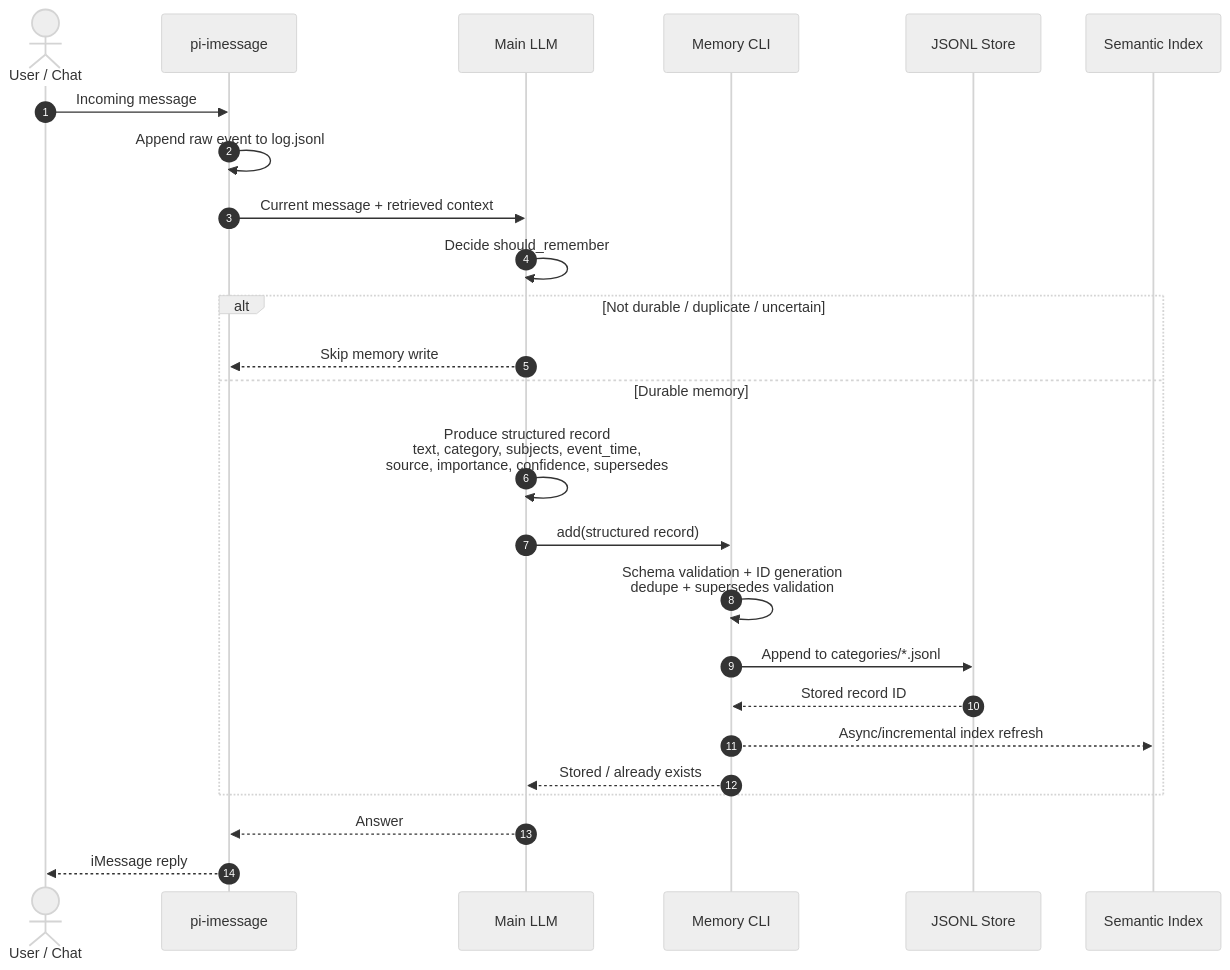
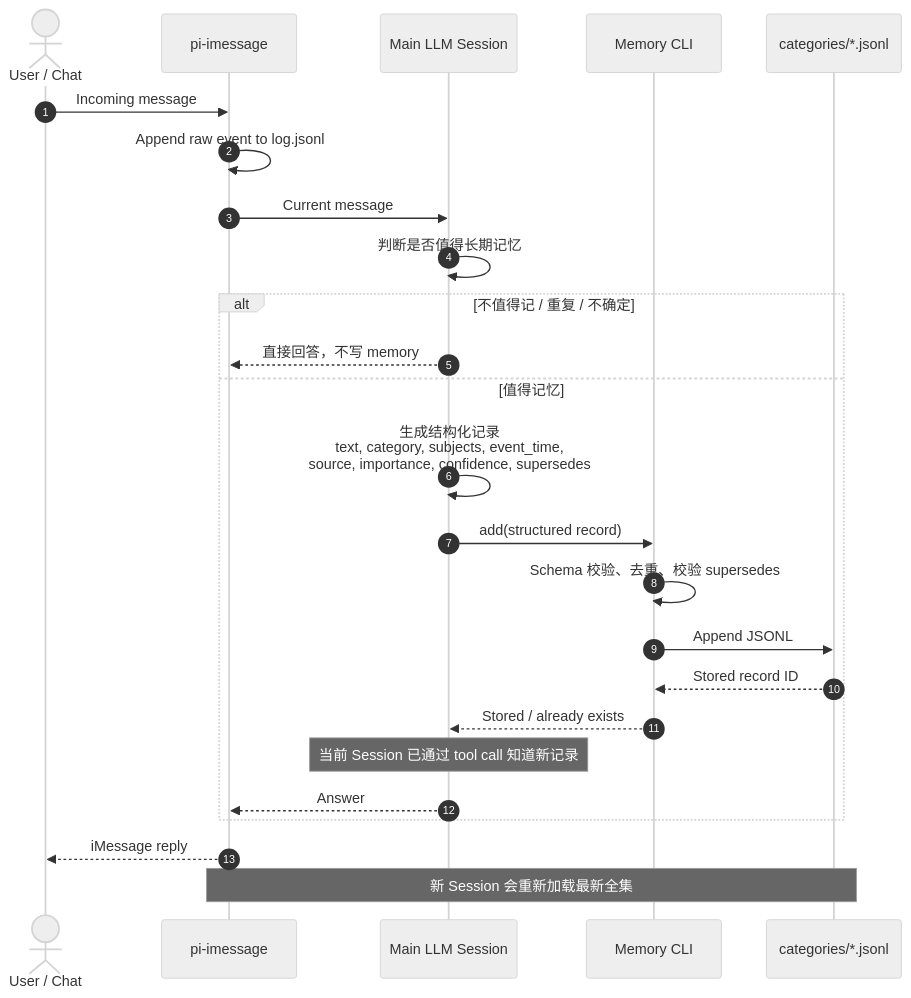
The second of 2 diagrams in docs/structured-memory-sequence.md (daya0576/pi-imessage), drawn with Mermaid (neutral theme) before and after one commit. The commit also changed other lines of this file, not shown here.

Commit message:
docs: simplify memory sequence to full context loading

````diff
--- a/docs/structured-memory-sequence.md
+++ b/docs/structured-memory-sequence.md
@@ -42,28 +32,30 @@
 ```mermaid
 sequenceDiagram
     autonumber
     actor U as User / Chat
     participant P as pi-imessage
-    participant A as Main LLM
+    participant A as Main LLM Session
     participant C as Memory CLI
-    participant S as JSONL Store
-    participant I as Semantic Index
+    participant S as categories/*.jsonl
 
     U->>P: Incoming message
     P->>P: Append raw event to log.jsonl
-    P->>A: Current message + retrieved context
-    A->>A: Decide should_remember
-    alt Not durable / duplicate / uncertain
-        A-->>P: Skip memory write
-    else Durable memory
-        A->>A: Produce structured record<br/>text, category, subjects, event_time,<br/>source, importance, confidence, supersedes
+    P->>A: Current message
+    A->>A: 判断是否值得长期记忆
+
+    alt 不值得记 / 重复 / 不确定
+        A-->>P: 直接回答，不写 memory
+    else 值得记忆
+        A->>A: 生成结构化记录<br/>text, category, subjects, event_time,<br/>source, importance, confidence, supersedes
         A->>C: add(structured record)
-        C->>C: Schema validation + ID generation<br/>dedupe + supersedes validation
-        C->>S: Append to categories/*.jsonl
+        C->>C: Schema 校验、去重、校验 supersedes
+        C->>S: Append JSONL
         S-->>C: Stored record ID
-        C-->>I: Async/incremental index refresh
         C-->>A: Stored / already exists
+        Note over A: 当前 Session 已通过 tool call 知道新记录
+        A-->>P: Answer
     end
-    A-->>P: Answer
+
     P-->>U: iMessage reply
+    Note over P,S: 新 Session 会重新加载最新全集
 ```
````
